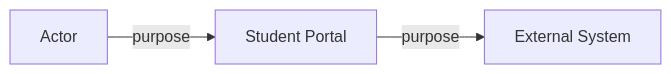
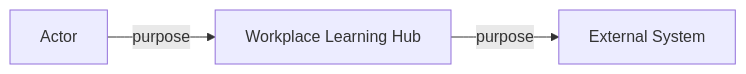
Before and after one commit to dhoubrechts/architectures_intro: the diagram in hands-on/01-map-the-system.md, drawn with Mermaid. The commit also changed other lines of this file and 43 other files, not shown here.

````diff
--- a/hands-on/01-map-the-system.md
+++ b/hands-on/01-map-the-system.md
@@ -100,5 +102,5 @@
 ```mermaid
 flowchart LR
-    Actor[Actor] -->|purpose| Portal[Student Portal]
-    Portal -->|purpose| External[External System]
+    Actor[Actor] -->|purpose| Hub[Workplace Learning Hub]
+    Hub -->|purpose| External[External System]
 ```
````
